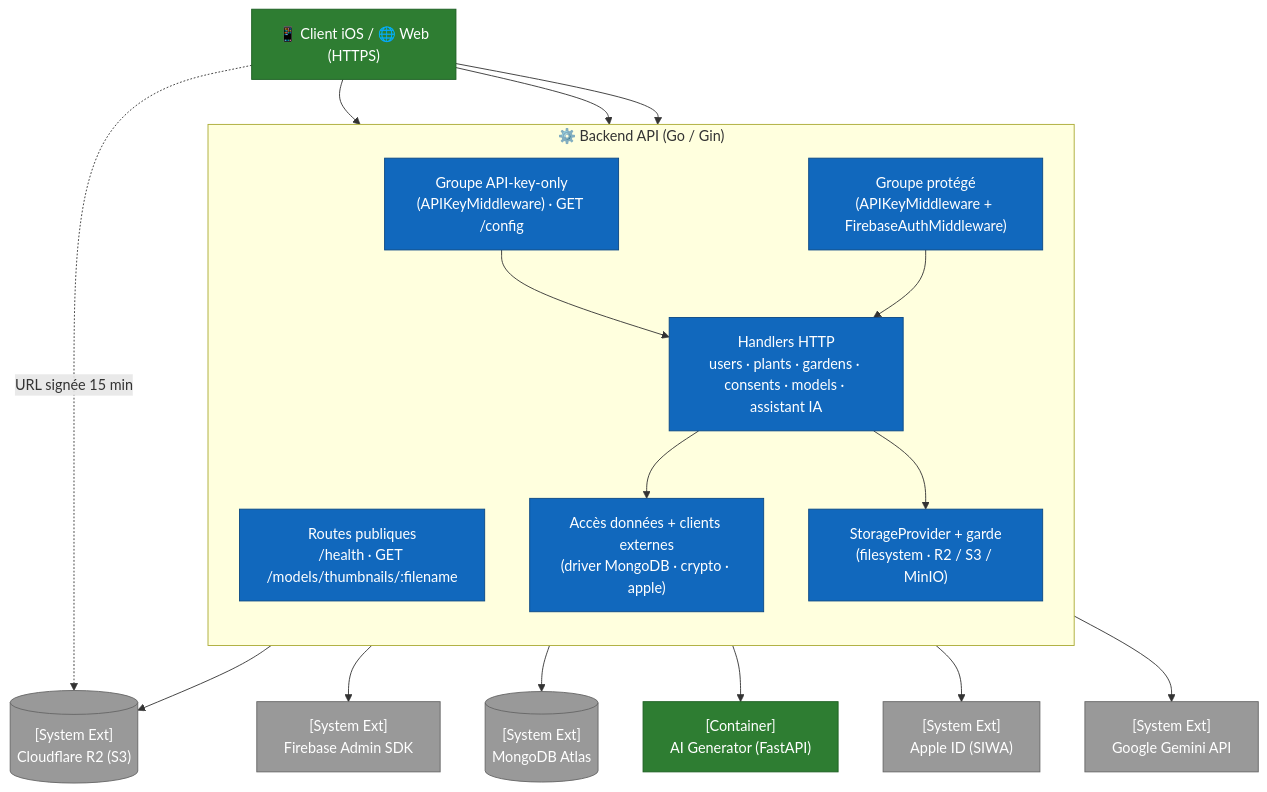
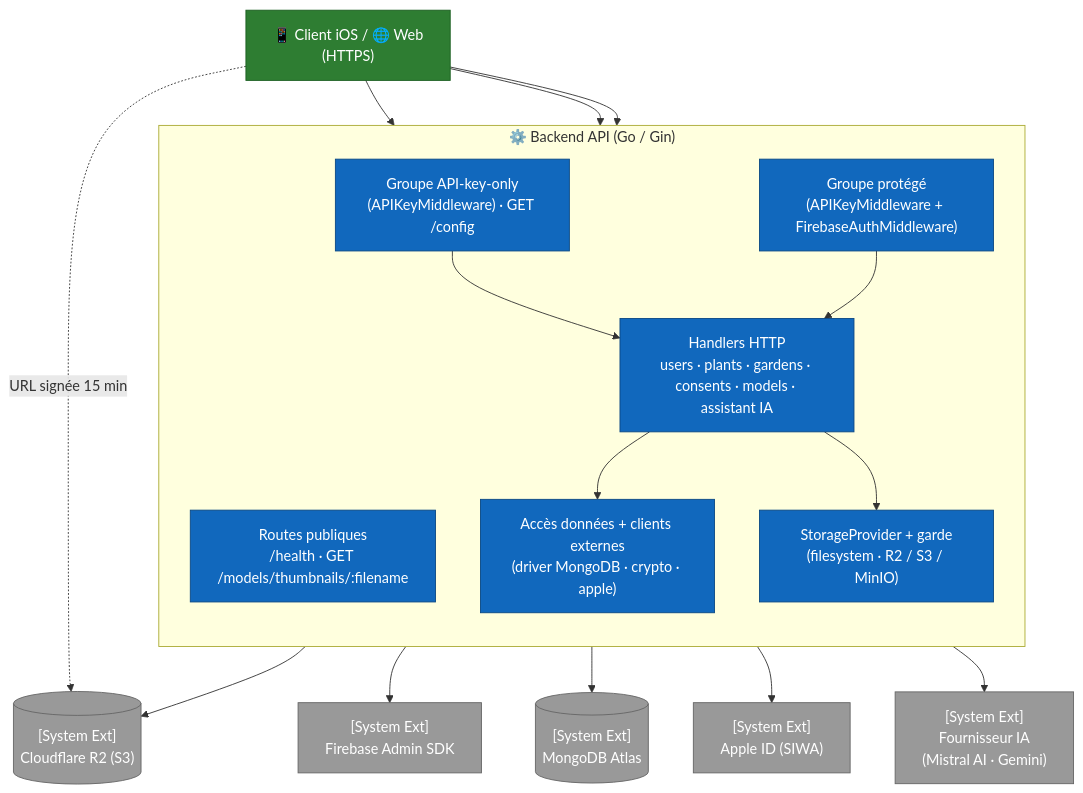
One commit to ArboreTeam/Arbore changed the diagram in docs/fr/architecture/03-components-backend.md. Above: the diagram before and after it, drawn with Mermaid. The commit also changed other lines of this file and 29 other files, not shown here.

````diff
--- a/docs/fr/architecture/03-components-backend.md
+++ b/docs/fr/architecture/03-components-backend.md
@@ -9,44 +16,42 @@
 ```mermaid
 flowchart TB
     client["📱 Client iOS / 🌐 Web<br/>(HTTPS)"]
 
     subgraph backend["⚙️ Backend API (Go / Gin)"]
         direction TB
         public["Routes publiques<br/>/health · GET /models/thumbnails/:filename"]
         apikey["Groupe API-key-only<br/>(APIKeyMiddleware) · GET /config"]
         protected["Groupe protégé<br/>(APIKeyMiddleware + FirebaseAuthMiddleware)"]
         handlers["Handlers HTTP<br/>users · plants · gardens · consents · models · assistant IA"]
         access["Accès données + clients externes<br/>(driver MongoDB · crypto · apple)"]
         storage["StorageProvider + garde<br/>(filesystem · R2 / S3 / MinIO)"]
 
         apikey --> handlers
         protected --> handlers
         handlers --> access
         handlers --> storage
     end
 
     mongo[("[System Ext]<br/>MongoDB Atlas")]
     firebase_admin["[System Ext]<br/>Firebase Admin SDK"]
-    ai_gen["[Container]<br/>AI Generator (FastAPI)"]
     apple["[System Ext]<br/>Apple ID (SIWA)"]
-    gemini["[System Ext]<br/>Google Gemini API"]
+    gemini["[System Ext]<br/>Fournisseur IA<br/>(Mistral AI · Gemini)"]
     storage_ext[("[System Ext]<br/>Cloudflare R2 (S3)")]
 
     client --> public
     client --> apikey
     client --> protected
     protected --> firebase_admin
     access --> mongo
-    access --> ai_gen
     access --> apple
     handlers --> gemini
     storage --> storage_ext
     client -. "URL signée 15 min" .-> storage_ext
 
     classDef ext   fill:#999,stroke:#666,color:#fff
     classDef layer fill:#1168BD,stroke:#0B4884,color:#fff
     classDef cont  fill:#2E7D32,stroke:#1B5E20,color:#fff
     class public,apikey,protected,handlers,access,storage layer
-    class client,ai_gen cont
+    class client cont
     class mongo,firebase_admin,apple,gemini,storage_ext ext
 ```
````
